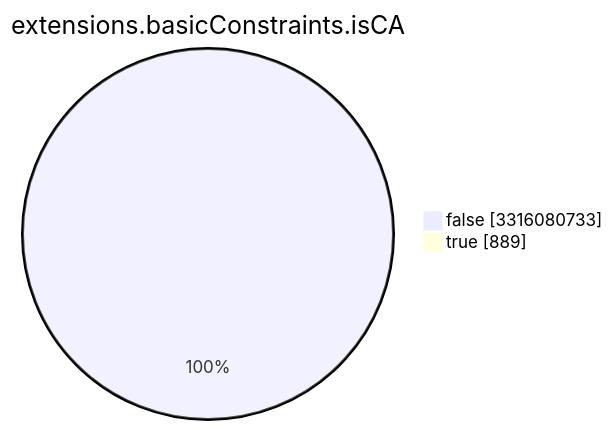
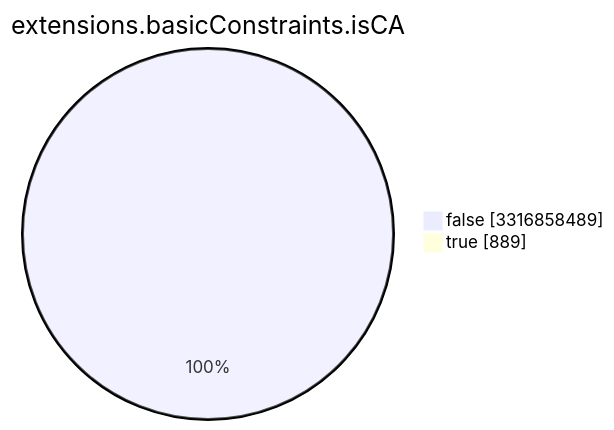
One commit to christiankrug/ctmonitor_visualization changed the seventh of 15 diagrams in TOTAL/README.md. Above: the diagram before and after it, drawn with Mermaid. The commit also changed other lines of this file, not shown here.

````diff
--- a/TOTAL/README.md
+++ b/TOTAL/README.md
@@ -3089,6 +3089,6 @@
 ```mermaid
 pie showData
 title extensions.basicConstraints.isCA
-"false" :3316080733
+"false" :3316858489
 "true" :889
 ```
````
